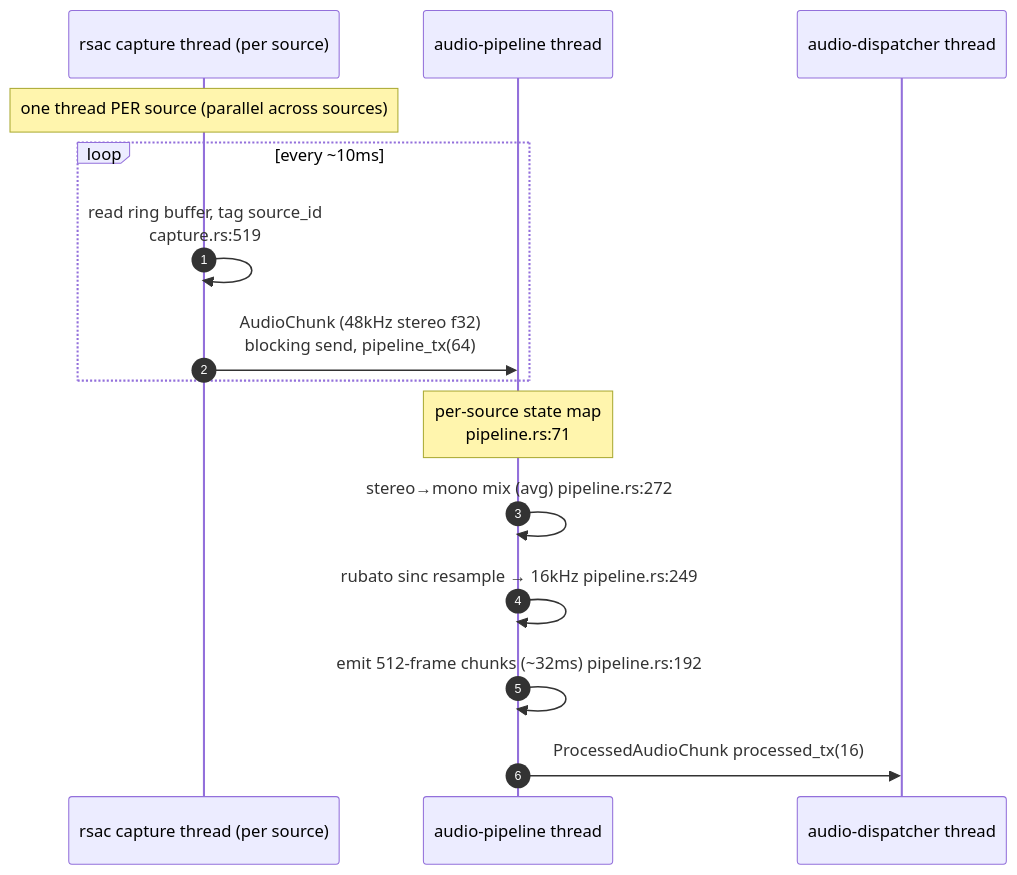
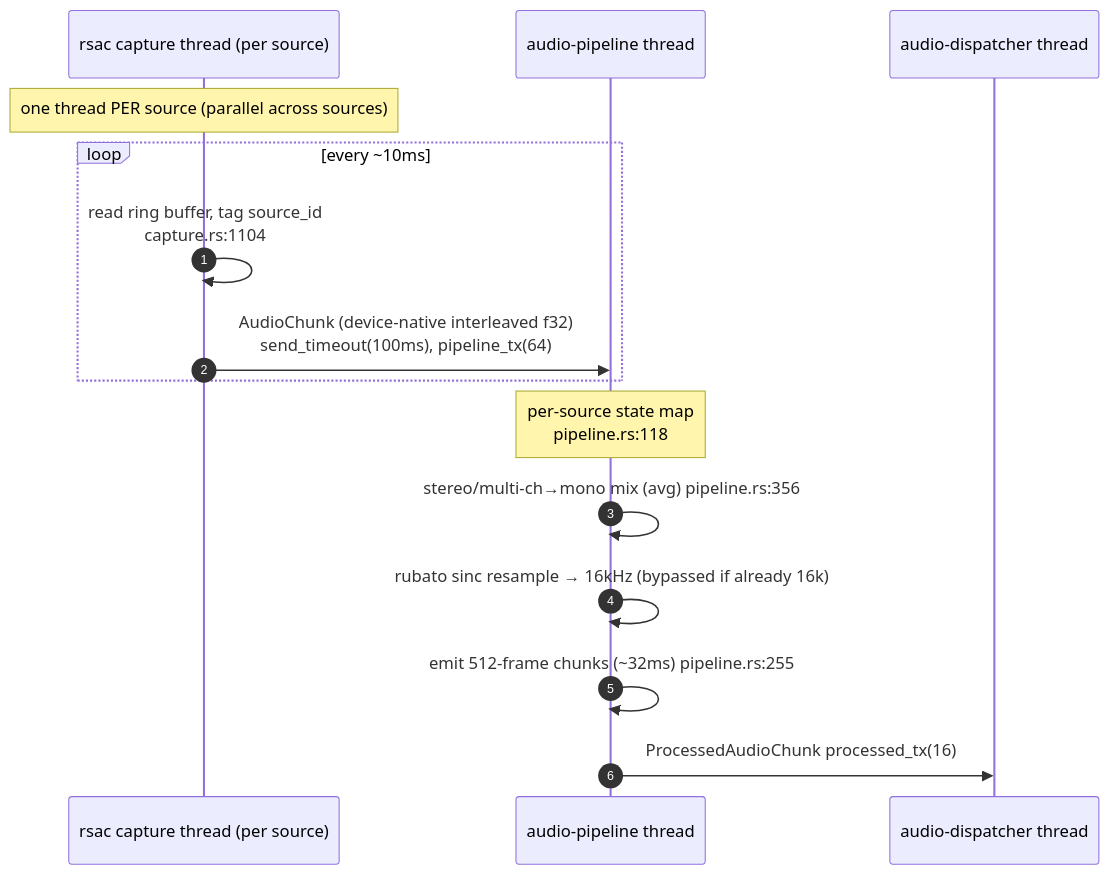
One commit to Codeseys-Labs/audio-graph changed the second of 11 diagrams in docs/DATA_FLOW.md. Above: the diagram before and after it, drawn with Mermaid. The commit also changed other lines of this file and 2 other files, not shown here.

First line of the commit message:
docs(audio-pipeline): refresh guide + inline docs (seed audio-graph-53a6)

````diff
--- a/docs/DATA_FLOW.md
+++ b/docs/DATA_FLOW.md
@@ -169,19 +186,19 @@
 ```mermaid
 sequenceDiagram
     autonumber
     participant RSAC as rsac capture thread (per source)
     participant PIPE as audio-pipeline thread
     participant DISP as audio-dispatcher thread
 
     Note over RSAC: one thread PER source (parallel across sources)
     loop every ~10ms
-        RSAC->>RSAC: read ring buffer, tag source_id<br/>capture.rs:519
-        RSAC->>PIPE: AudioChunk (48kHz stereo f32)<br/>blocking send, pipeline_tx(64)
+        RSAC->>RSAC: read ring buffer, tag source_id<br/>capture.rs:1104
+        RSAC->>PIPE: AudioChunk (device-native interleaved f32)<br/>send_timeout(100ms), pipeline_tx(64)
     end
 
-    Note over PIPE: per-source state map<br/>pipeline.rs:71
-    PIPE->>PIPE: stereo→mono mix (avg)  pipeline.rs:272
-    PIPE->>PIPE: rubato sinc resample → 16kHz  pipeline.rs:249
-    PIPE->>PIPE: emit 512-frame chunks (~32ms)  pipeline.rs:192
+    Note over PIPE: per-source state map<br/>pipeline.rs:118
+    PIPE->>PIPE: stereo/multi-ch→mono mix (avg)  pipeline.rs:356
+    PIPE->>PIPE: rubato sinc resample → 16kHz (bypassed if already 16k)
+    PIPE->>PIPE: emit 512-frame chunks (~32ms)  pipeline.rs:255
     PIPE->>DISP: ProcessedAudioChunk  processed_tx(16)
 ```
````
